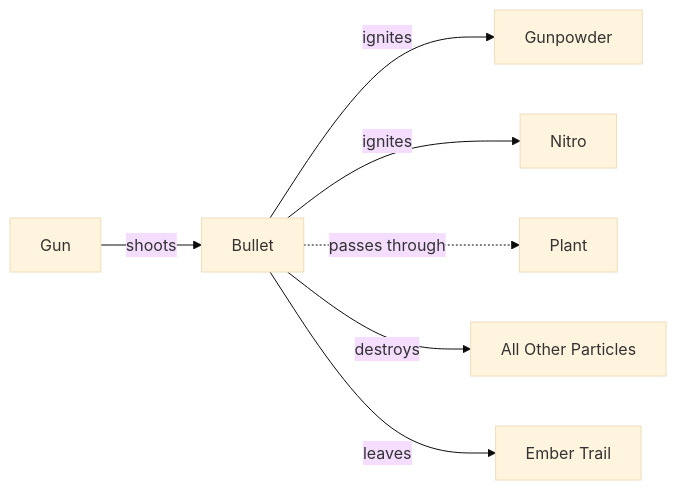
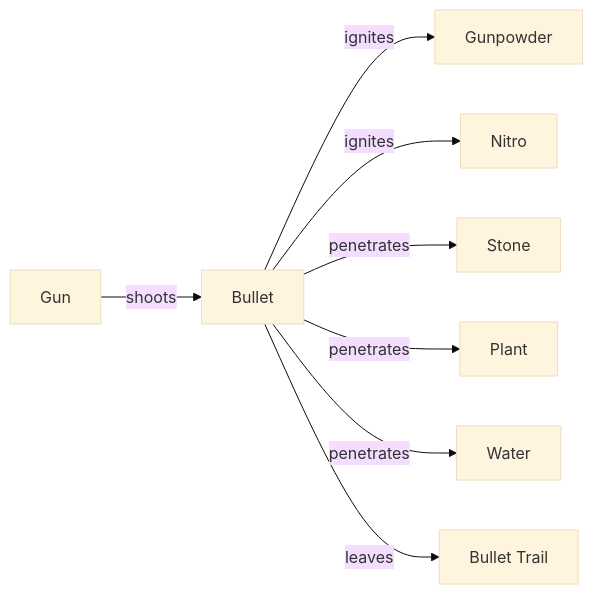
One commit to VoX/ai-sand-fork changed the fifth of 5 diagrams in README.md. Above: the diagram before and after it, drawn with Mermaid (base theme). The commit also changed other lines of this file and 1 other file, not shown here.

Commit message:
Update README with bullet penetration info, delete mermaid.md

````diff
--- a/README.md
+++ b/README.md
@@ -196,9 +197,10 @@
 ```mermaid
 flowchart LR
     Gun[Gun] -->|shoots| Bullet[Bullet]
     Bullet -->|ignites| Gunpowder[Gunpowder]
     Bullet -->|ignites| Nitro[Nitro]
-    Bullet -.->|passes through| Plant[Plant]
-    Bullet -->|destroys| Everything[All Other Particles]
-    Bullet -->|leaves| Ember[Ember Trail]
+    Bullet -->|penetrates| Stone[Stone]
+    Bullet -->|penetrates| Plant[Plant]
+    Bullet -->|penetrates| Water[Water]
+    Bullet -->|leaves| Trail[Bullet Trail]
 ```
````
